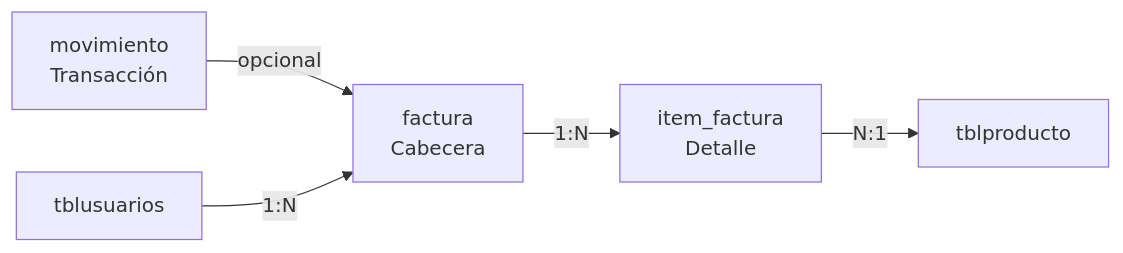
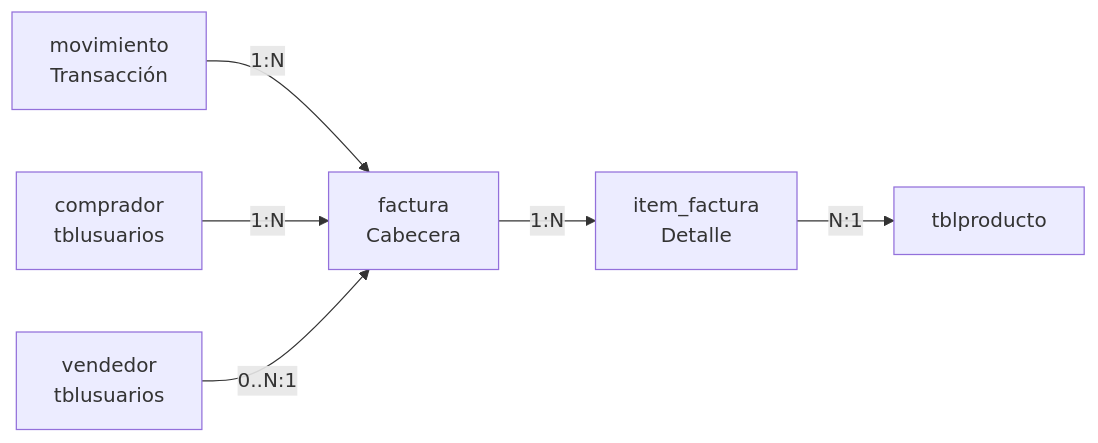
The fourth of 6 diagrams in docs/ARCHITECTURE.md (danieldavid-23/agrosft), drawn with Mermaid before and after one commit. The commit also changed other lines of this file and 16 other files, not shown here.

````diff
--- a/docs/ARCHITECTURE.md
+++ b/docs/ARCHITECTURE.md
@@ -206,7 +207,8 @@
 ```mermaid
 graph LR
-    M[movimiento<br>Transacción] -->|opcional| F[factura<br>Cabecera]
+    M[movimiento<br>Transacción] -->|1:N| F[factura<br>Cabecera]
     F -->|1:N| I[item_factura<br>Detalle]
     I -->|N:1| P[tblproducto]
-    U[tblusuarios] -->|1:N| F
+    U[comprador<br>tblusuarios] -->|1:N| F
+    V[vendedor<br>tblusuarios] -->|0..N:1| F
 ```
````
